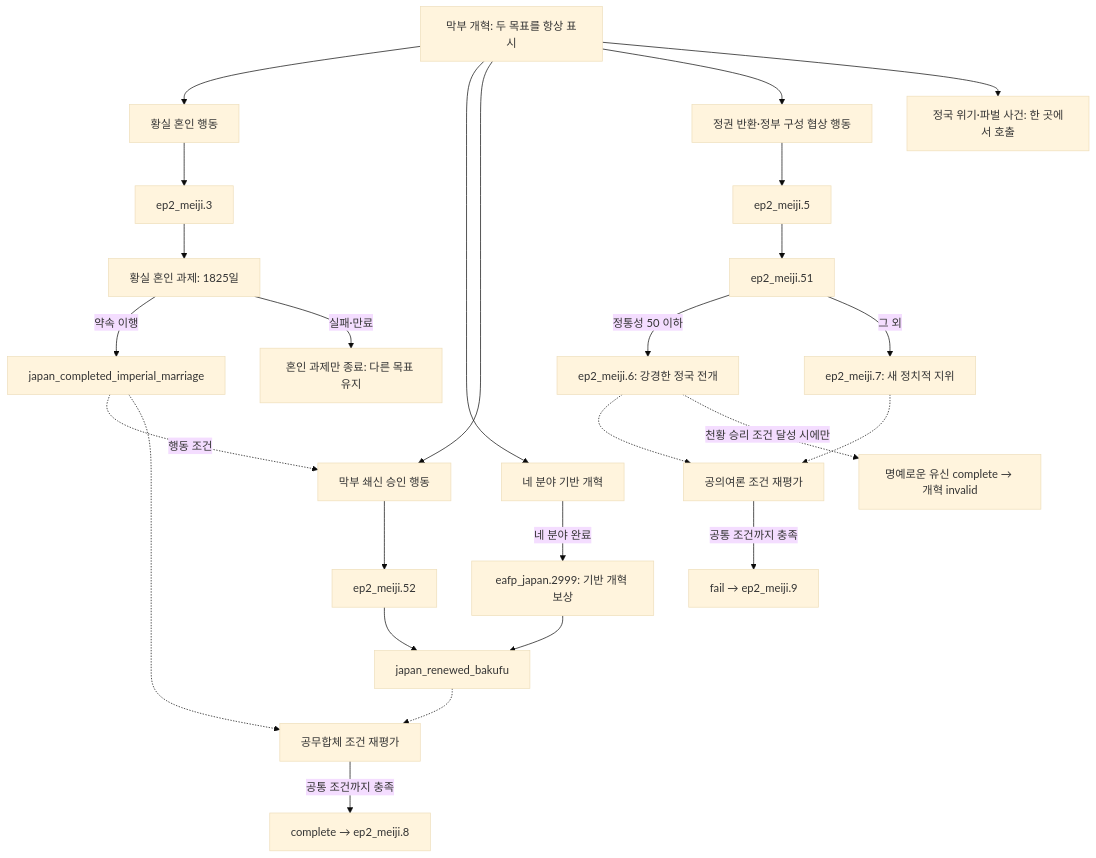
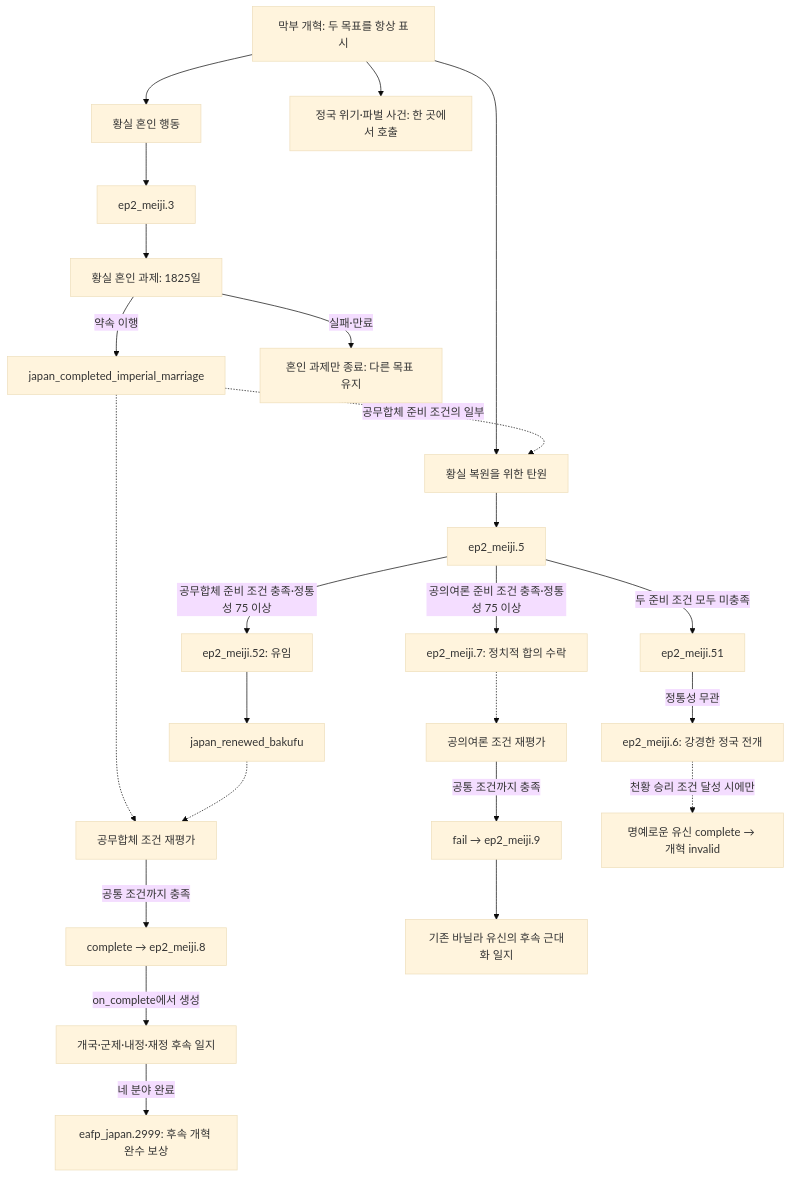
Before and after one commit to East-Asia-Flavor-Pack/East-Asia-Flavor-Pack: the second of 2 diagrams in documentation/bakufu_reform_journal_rework_plan.md, drawn with Mermaid (base theme). The commit also changed other lines of this file and 13 other files, not shown here.

````diff
--- a/documentation/bakufu_reform_journal_rework_plan.md
+++ b/documentation/bakufu_reform_journal_rework_plan.md
@@ -206,28 +221,26 @@
 ```mermaid
 flowchart TD
     R["막부 개혁: 두 목표를 항상 표시"] --> MBTN["황실 혼인 행동"]
     MBTN --> M3["ep2_meiji.3"]
     M3 --> MJ["황실 혼인 과제: 1825일"]
     MJ -->|약속 이행| MDONE["japan_completed_imperial_marriage"]
     MJ -->|실패·만료| MEND["혼인 과제만 종료: 다른 목표 유지"]
-    R --> B["네 분야 기반 개혁"]
-    B -->|네 분야 완료| B2999["eafp_japan.2999: 기반 개혁 보상"]
-    B2999 --> RENEW["japan_renewed_bakufu"]
-    R --> RB["막부 쇄신 승인 행동"]
-    MDONE -. "행동 조건" .-> RB
-    RB --> E52["ep2_meiji.52"]
-    E52 --> RENEW
-    R --> PB["정권 반환·정부 구성 협상 행동"]
+    R --> PB["황실 복원을 위한 탄원"]
+    MDONE -. "공무합체 준비 조건의 일부" .-> PB
     PB --> E5["ep2_meiji.5"]
-    E5 --> E51["ep2_meiji.51"]
-    E51 -->|정통성 50 이하| E6["ep2_meiji.6: 강경한 정국 전개"]
-    E51 -->|그 외| E7["ep2_meiji.7: 새 정치적 지위"]
+    E5 -->|공무합체 준비 조건 충족·정통성 75 이상| E52["ep2_meiji.52: 유임"]
+    E52 --> RENEW["japan_renewed_bakufu"]
+    E5 -->|공의여론 준비 조건 충족·정통성 75 이상| E7["ep2_meiji.7: 정치적 합의 수락"]
+    E5 -->|두 준비 조건 모두 미충족| E51["ep2_meiji.51"]
+    E51 -->|정통성 무관| E6["ep2_meiji.6: 강경한 정국 전개"]
     MDONE -.-> C["공무합체 조건 재평가"]
     RENEW -.-> C
-    E6 -.-> K["공의여론 조건 재평가"]
-    E7 -.-> K
+    E7 -.-> K["공의여론 조건 재평가"]
     C -->|공통 조건까지 충족| E8["complete → ep2_meiji.8"]
     K -->|공통 조건까지 충족| E9["fail → ep2_meiji.9"]
+    E8 -->|on_complete에서 생성| B["개국·군제·내정·재정 후속 일지"]
+    B -->|네 분야 완료| B2999["eafp_japan.2999: 후속 개혁 완수 보상"]
+    E9 --> VANILLA["기존 바닐라 유신의 후속 근대화 일지"]
     E6 -. "천황 승리 조건 달성 시에만" .-> LOSS["명예로운 유신 complete → 개혁 invalid"]
     R --> PULSE["정국 위기·파벌 사건: 한 곳에서 호출"]
 ```
````
